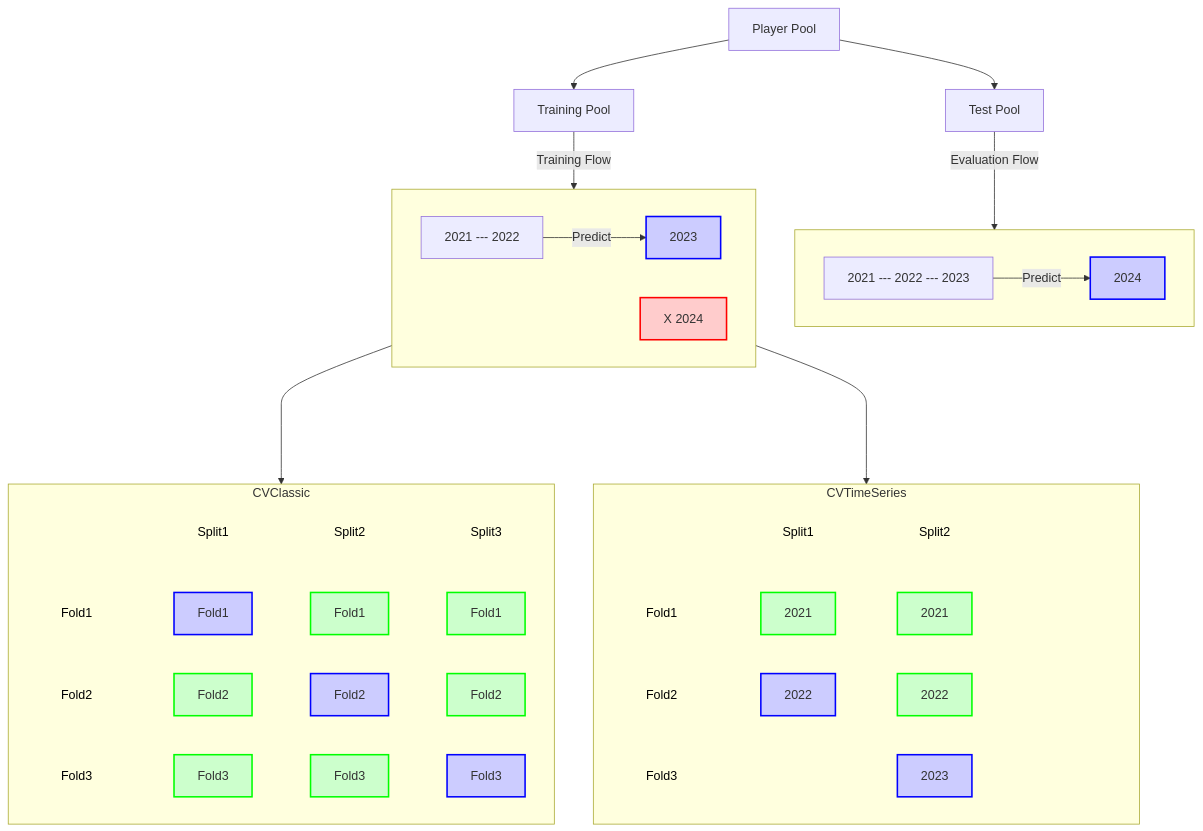
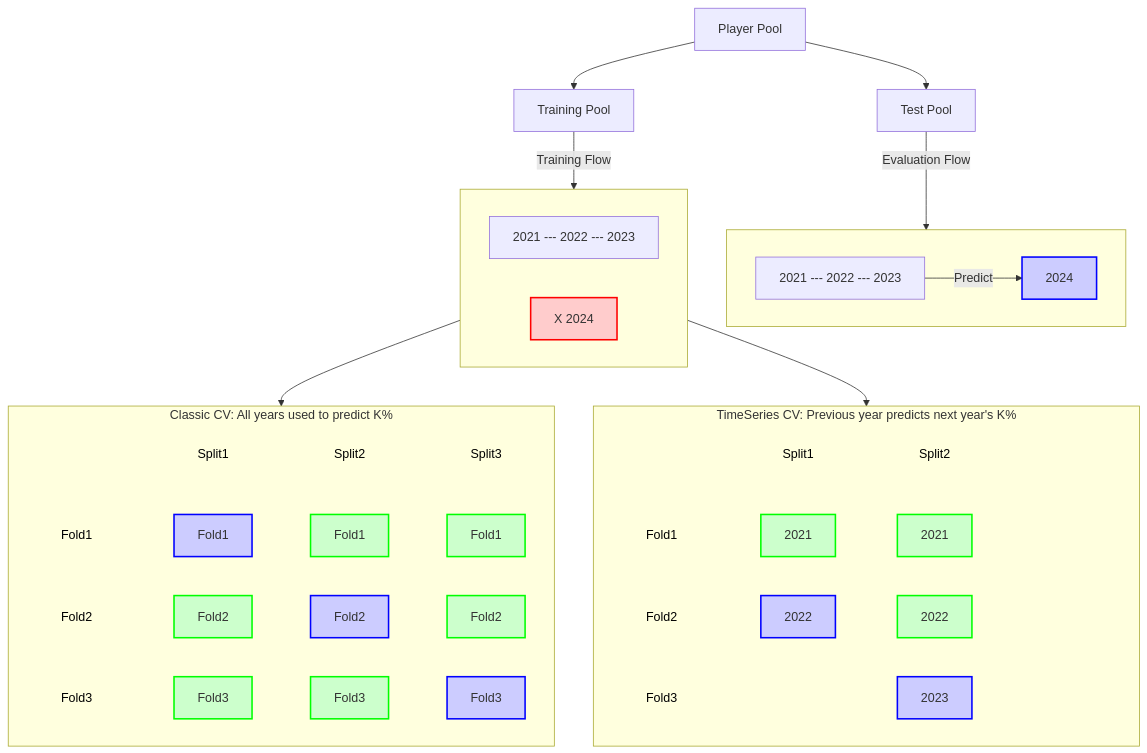
Before and after one commit to loganthomas/mlb-pitcher-xK: the diagram in README.md, drawn with Mermaid. The commit also changed other lines of this file and 3 other files, not shown here.

```diff
--- a/README.md
+++ b/README.md
@@ -44,12 +44,12 @@
 
     subgraph TrainingFlow [" "]
         direction LR
-        D["2021 --- 2022"] -->|Predict| E["2023"]:::blue
+        D["2021 --- 2022 --- 2023 "]
         F["X 2024"]:::red
     end
     B -- Training Flow --> D
 
-    subgraph CVTimeSeries
+    subgraph CVTimeSeries ["TimeSeries CV: Previous year predicts next year's K%"]
         FoldTitle11["Fold1"]:::noBorder
         FoldTitle22["Fold2"]:::noBorder
         FoldTitle33["Fold3"]:::noBorder
@@ -85,7 +85,7 @@
         Fold66 ~~~ Fold99
     end
 
-    subgraph CVClassic
+    subgraph CVClassic ["Classic CV: All years used to predict K%"]
         FoldTitle1["Fold1"]:::noBorder
         FoldTitle2["Fold2"]:::noBorder
         FoldTitle3["Fold3"]:::noBorder
@@ -121,8 +121,8 @@
         Fold6 ~~~ Fold9
     end
 
-    TrainingFlow ----> CVClassic
-    TrainingFlow ----> CVTimeSeries
+    TrainingFlow --> CVClassic
+    TrainingFlow --> CVTimeSeries
 
     classDef red fill:#FFCCCC,stroke:#FF0000,stroke-width:2px;
     classDef green fill:#CCFFCC,stroke:#00FF00,stroke-width:2px;
```
